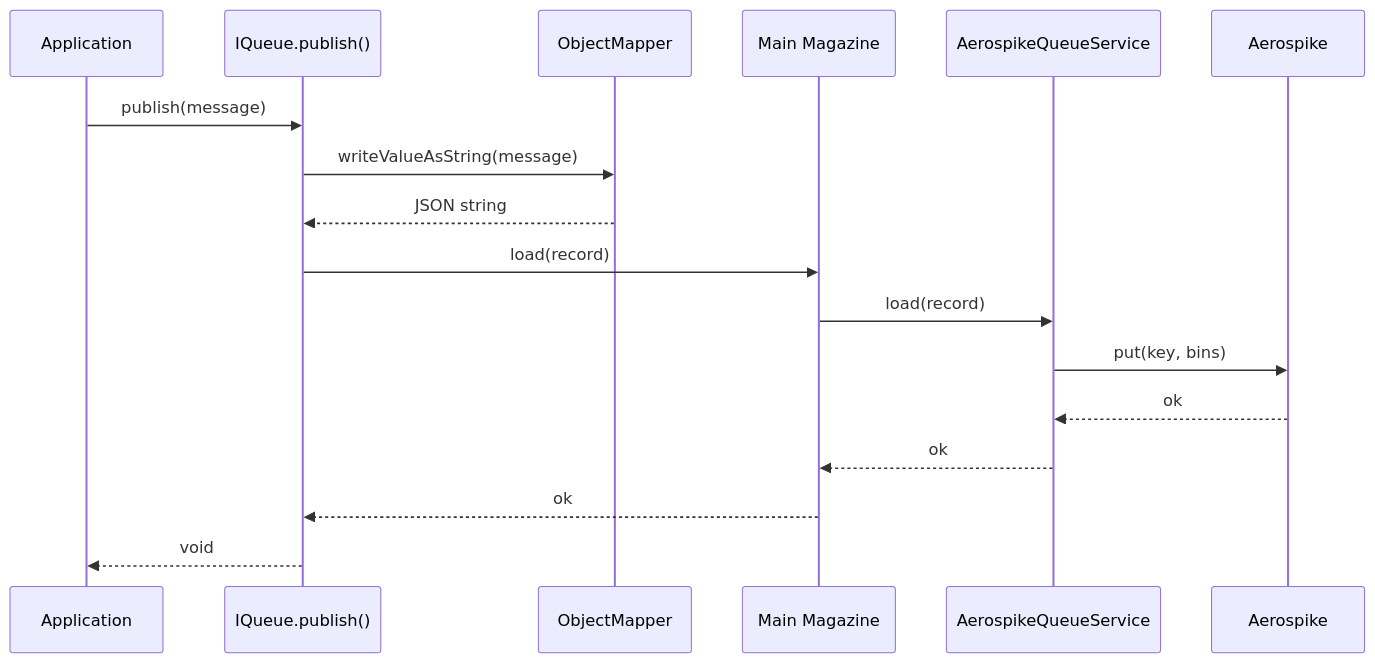
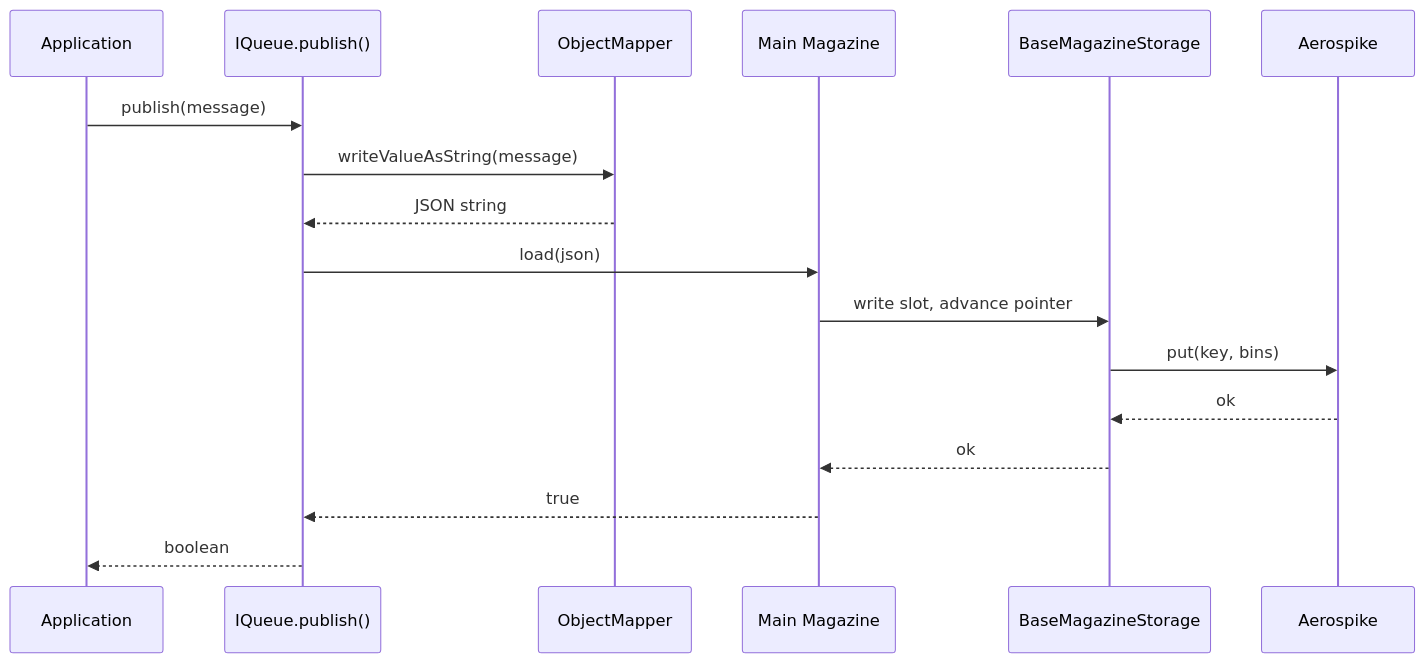
The third of 10 diagrams in docs/docs/architecture.md (PhonePe/IgnisMQ), drawn with Mermaid before and after one commit. The commit also changed other lines of this file and 39 other files, not shown here.

````diff
--- a/docs/docs/architecture.md
+++ b/docs/docs/architecture.md
@@ -237,20 +258,20 @@
 ```mermaid
 sequenceDiagram
     participant App as Application
     participant IQ as IQueue.publish()
     participant OM as ObjectMapper
     participant Mag as Main Magazine
-    participant QS as AerospikeQueueService
+    participant MS as BaseMagazineStorage
     participant AS as Aerospike
 
     App->>IQ: publish(message)
     IQ->>OM: writeValueAsString(message)
     OM-->>IQ: JSON string
-    IQ->>Mag: load(record)
-    Mag->>QS: load(record)
-    QS->>AS: put(key, bins)
-    AS-->>QS: ok
-    QS-->>Mag: ok
-    Mag-->>IQ: ok
-    IQ-->>App: void
+    IQ->>Mag: load(json)
+    Mag->>MS: write slot, advance pointer
+    MS->>AS: put(key, bins)
+    AS-->>MS: ok
+    MS-->>Mag: ok
+    Mag-->>IQ: true
+    IQ-->>App: boolean
 ```
````
